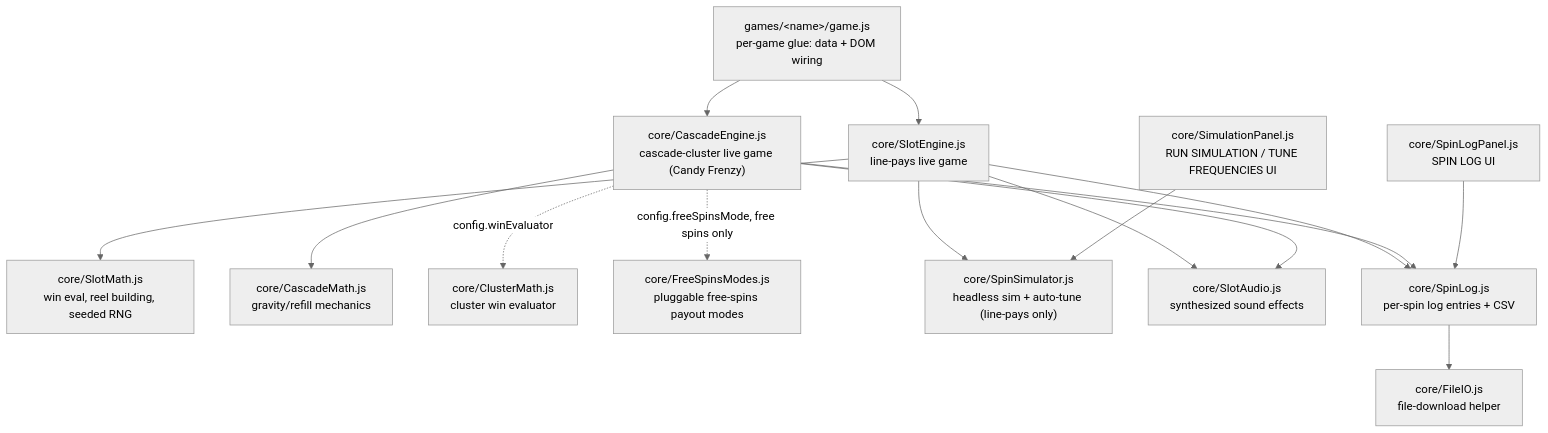
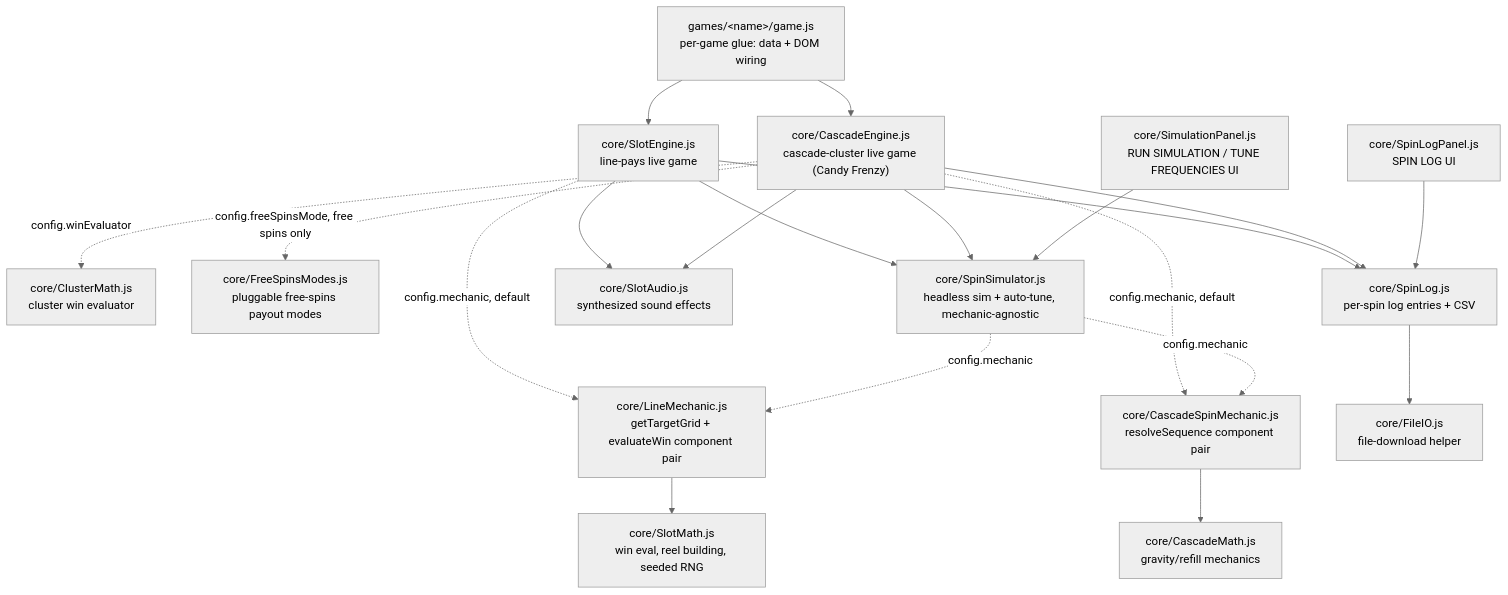
The first of 4 diagrams in docs/ARCHITECTURE.md (kiforsbe/slotmaster), drawn with Mermaid (neutral theme) before and after one commit. The commit also changed other lines of this file and 14 other files, not shown here.

First line of the commit message:
feat: unify simulation architecture around pluggable gameplay mechanics

````diff
--- a/docs/ARCHITECTURE.md
+++ b/docs/ARCHITECTURE.md
@@ -9,38 +9,46 @@
 ```mermaid
 flowchart TB
     Game["games/&lt;name&gt;/game.js<br/>per-game glue: data + DOM wiring"]
 
     SlotEngine["core/SlotEngine.js<br/>line-pays live game"]
     SlotMath["core/SlotMath.js<br/>win eval, reel building, seeded RNG"]
 
     CascadeEngine["core/CascadeEngine.js<br/>cascade-cluster live game (Candy Frenzy)"]
     CascadeMath["core/CascadeMath.js<br/>gravity/refill mechanics"]
     ClusterMath["core/ClusterMath.js<br/>cluster win evaluator"]
     FreeSpinsModes["core/FreeSpinsModes.js<br/>pluggable free-spins payout modes"]
 
-    SpinSimulator["core/SpinSimulator.js<br/>headless sim + auto-tune (line-pays only)"]
+    LineMechanic["core/LineMechanic.js<br/>getTargetGrid + evaluateWin component pair"]
+    CascadeSpinMechanic["core/CascadeSpinMechanic.js<br/>resolveSequence component pair"]
+
+    SpinSimulator["core/SpinSimulator.js<br/>headless sim + auto-tune, mechanic-agnostic"]
     SimulationPanel["core/SimulationPanel.js<br/>RUN SIMULATION / TUNE FREQUENCIES UI"]
     SlotAudio["core/SlotAudio.js<br/>synthesized sound effects"]
 
     SpinLog["core/SpinLog.js<br/>per-spin log entries + CSV"]
     SpinLogPanel["core/SpinLogPanel.js<br/>SPIN LOG UI"]
     FileIO["core/FileIO.js<br/>file-download helper"]
 
     Game --> SlotEngine
     Game --> CascadeEngine
 
-    SlotEngine --> SlotMath
+    SlotEngine -. "config.mechanic, default" .-> LineMechanic
+    LineMechanic --> SlotMath
     SlotEngine --> SlotAudio
     SlotEngine --> SpinLog
     SlotEngine --> SpinSimulator
 
-    CascadeEngine --> CascadeMath
+    CascadeEngine -. "config.mechanic, default" .-> CascadeSpinMechanic
+    CascadeSpinMechanic --> CascadeMath
     CascadeEngine -. "config.winEvaluator" .-> ClusterMath
     CascadeEngine -. "config.freeSpinsMode, free spins only" .-> FreeSpinsModes
     CascadeEngine --> SlotAudio
     CascadeEngine --> SpinLog
+    CascadeEngine --> SpinSimulator
 
+    SpinSimulator -. "config.mechanic" .-> LineMechanic
+    SpinSimulator -. "config.mechanic" .-> CascadeSpinMechanic
     SimulationPanel --> SpinSimulator
     SpinLogPanel --> SpinLog
     SpinLog --> FileIO
 ```
````
